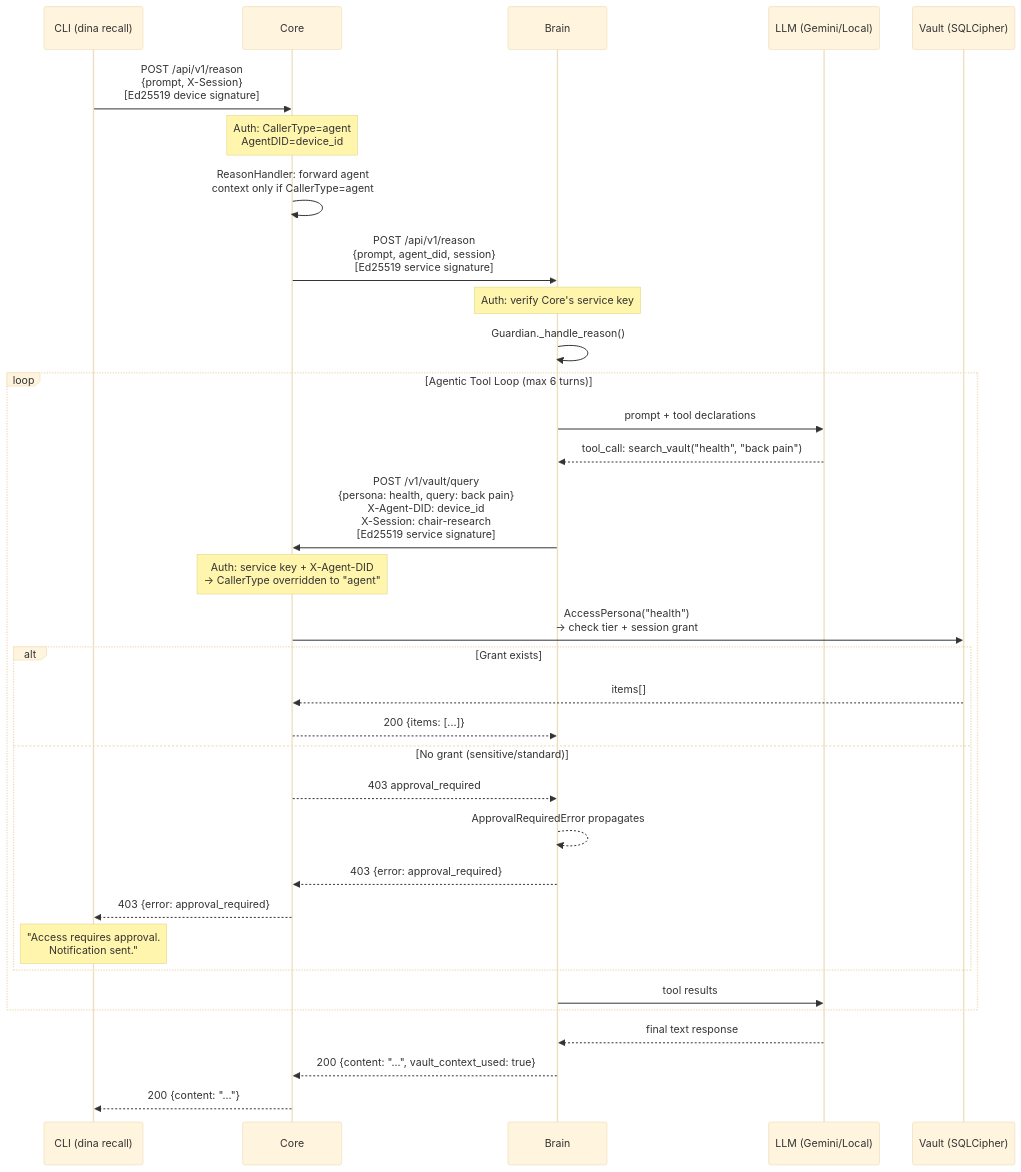
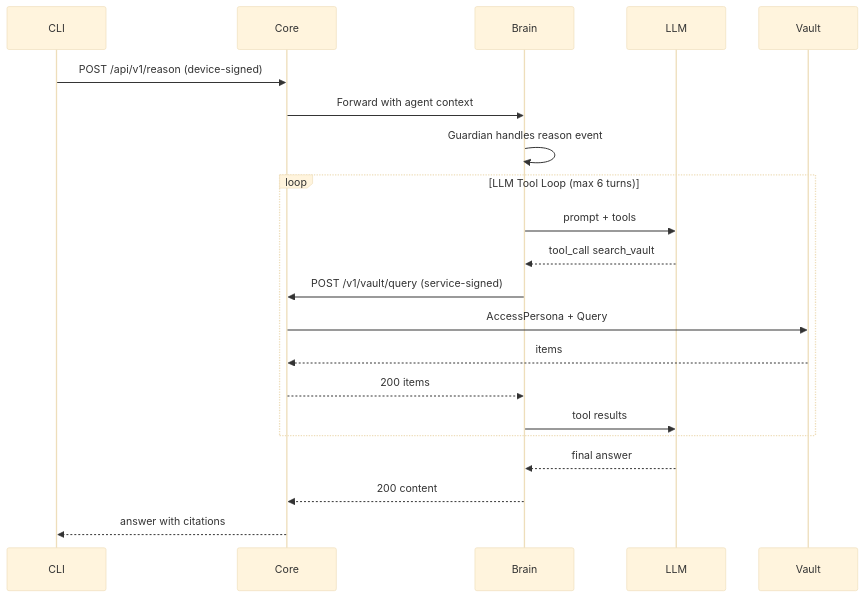
One commit to rajmohanutopai/dina changed the third of 14 diagrams in docs/FLOW_DIAGRAMS.md. Above: the diagram before and after it, drawn with Mermaid (base theme). The commit also changed other lines of this file, not shown here.

First line of the commit message:
Rewrite flow diagrams: fix Mermaid errors, add examples, add new flows

````diff
--- a/docs/FLOW_DIAGRAMS.md
+++ b/docs/FLOW_DIAGRAMS.md
@@ -135,48 +96,26 @@
 ```mermaid
 sequenceDiagram
-    participant CLI as CLI (dina recall)
+    participant CLI as CLI
     participant CORE as Core
     participant BRAIN as Brain
-    participant LLM as LLM (Gemini/Local)
-    participant VAULT as Vault (SQLCipher)
+    participant LLM as LLM
+    participant VAULT as Vault
 
-    CLI->>CORE: POST /api/v1/reason<br/>{prompt, X-Session}<br/>[Ed25519 device signature]
+    CLI->>CORE: POST /api/v1/reason (device-signed)
+    CORE->>BRAIN: Forward with agent context
+    BRAIN->>BRAIN: Guardian handles reason event
 
-    Note over CORE: Auth: CallerType=agent<br/>AgentDID=device_id
-
-    CORE->>CORE: ReasonHandler: forward agent<br/>context only if CallerType=agent
-
-    CORE->>BRAIN: POST /api/v1/reason<br/>{prompt, agent_did, session}<br/>[Ed25519 service signature]
-
-    Note over BRAIN: Auth: verify Core's service key
-
-    BRAIN->>BRAIN: Guardian._handle_reason()
-
-    loop Agentic Tool Loop (max 6 turns)
-        BRAIN->>LLM: prompt + tool declarations
-        LLM-->>BRAIN: tool_call: search_vault("health", "back pain")
-
-        BRAIN->>CORE: POST /v1/vault/query<br/>{persona: health, query: back pain}<br/>X-Agent-DID: device_id<br/>X-Session: chair-research<br/>[Ed25519 service signature]
-
-        Note over CORE: Auth: service key + X-Agent-DID<br/>→ CallerType overridden to "agent"
-
-        CORE->>VAULT: AccessPersona("health")<br/>→ check tier + session grant
-
-        alt Grant exists
-            VAULT-->>CORE: items[]
-            CORE-->>BRAIN: 200 {items: [...]}
-        else No grant (sensitive/standard)
-            CORE-->>BRAIN: 403 approval_required
-            BRAIN-->>BRAIN: ApprovalRequiredError propagates
-            BRAIN-->>CORE: 403 {error: approval_required}
-            CORE-->>CLI: 403 {error: approval_required}
-            Note over CLI: "Access requires approval.<br/>Notification sent."
-        end
-
+    loop LLM Tool Loop (max 6 turns)
+        BRAIN->>LLM: prompt + tools
+        LLM-->>BRAIN: tool_call search_vault
+        BRAIN->>CORE: POST /v1/vault/query (service-signed)
+        CORE->>VAULT: AccessPersona + Query
+        VAULT-->>CORE: items
+        CORE-->>BRAIN: 200 items
         BRAIN->>LLM: tool results
     end
 
-    LLM-->>BRAIN: final text response
-    BRAIN-->>CORE: 200 {content: "...", vault_context_used: true}
-    CORE-->>CLI: 200 {content: "..."}
+    LLM-->>BRAIN: final answer
+    BRAIN-->>CORE: 200 content
+    CORE-->>CLI: answer with citations
 ```
````
